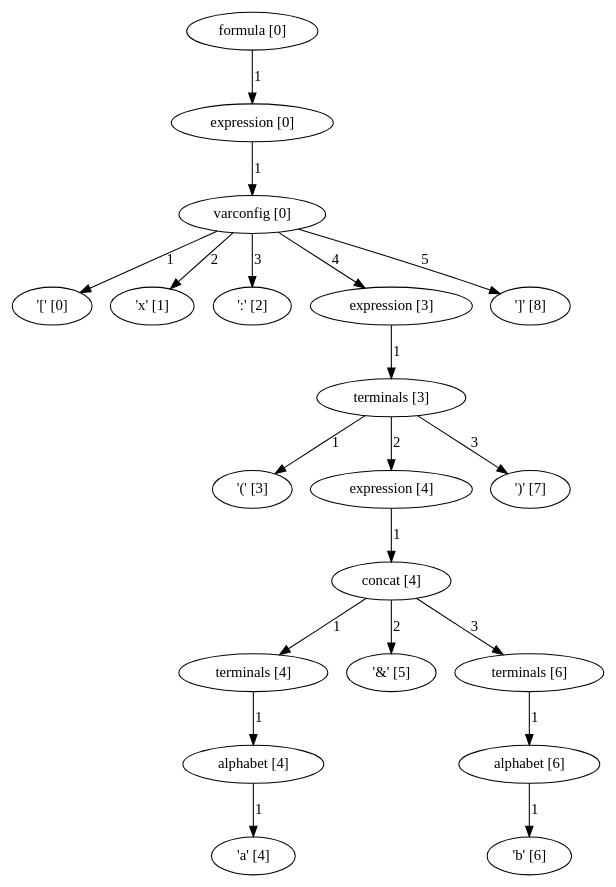
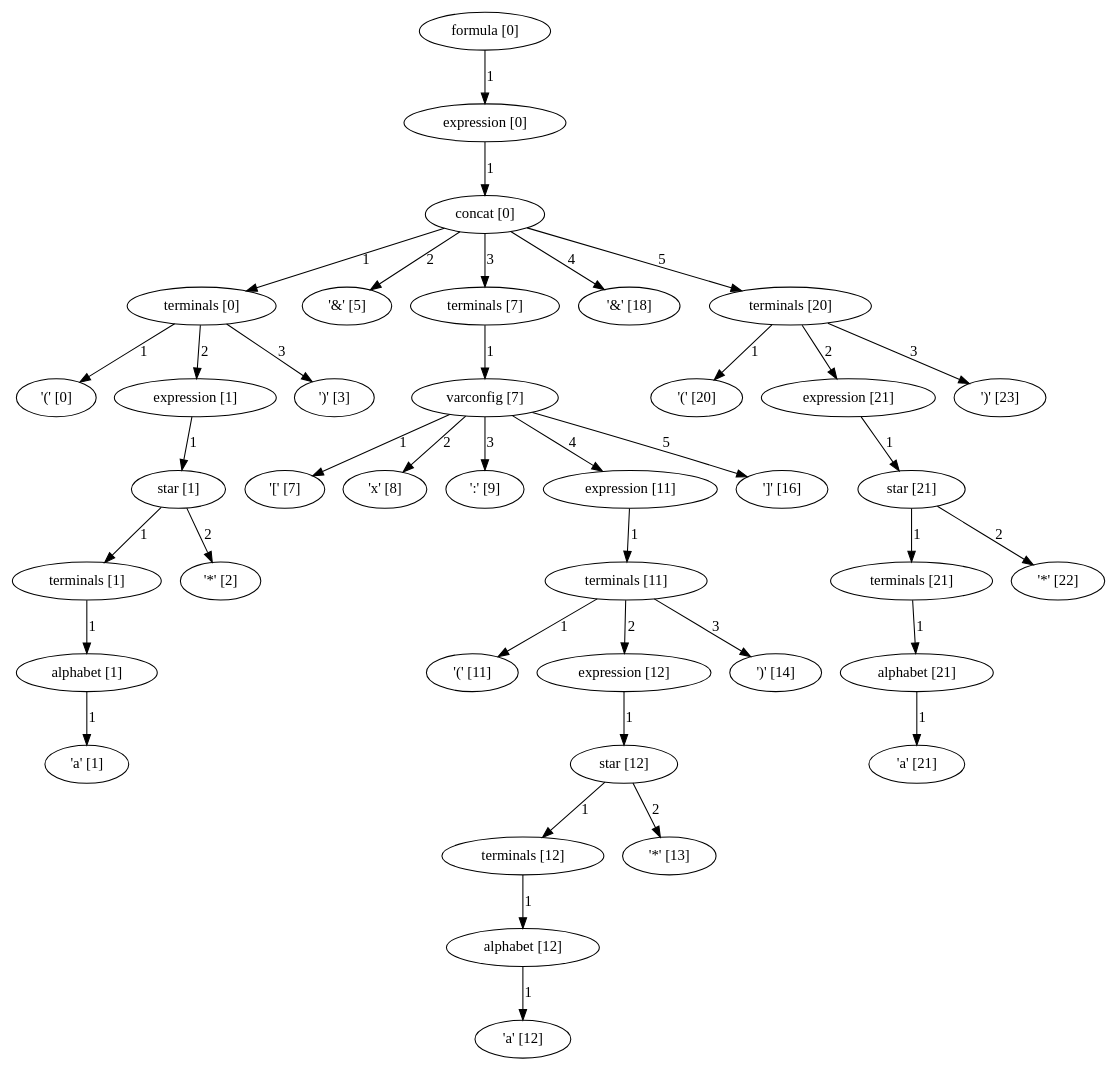
One commit to yipsimon/DocumentSpanners_MSc changed the diagram in formula_parse_tree.dot. Above: the diagram before and after it, drawn with Graphviz. The commit also changed 7 other files, not shown here.

```diff
--- a/formula_parse_tree.dot
+++ b/formula_parse_tree.dot
@@ -1,60 +1,117 @@
 digraph arpeggio_graph {
-140438593073376 [label="formula [0]"];
-140438593073376->140438593073664 [label="1"]
+140622375950096 [label="formula [0]"];
+140622375950096->140622375949952 [label="1"]
 
-140438593073664 [label="expression [0]"];
-140438593073664->140438593073952 [label="1"]
+140622375949952 [label="expression [0]"];
+140622375949952->140622375949808 [label="1"]
 
-140438593073952 [label="varconfig [0]"];
-140438593073952->140438592974072 [label="1"]
+140622375949808 [label="concat [0]"];
+140622375949808->140622392778048 [label="1"]
 
-140438592974072 [label=" '[' [0]"];
-140438593073952->140438592974192 [label="2"]
+140622392778048 [label="terminals [0]"];
+140622392778048->140622375857520 [label="1"]
 
-140438592974192 [label=" 'x' [1]"];
-140438593073952->140438593018048 [label="3"]
+140622375857520 [label=" '(' [0]"];
+140622392778048->140622392777904 [label="2"]
 
-140438593018048 [label=" ':' [2]"];
-140438593073952->140438609898960 [label="4"]
+140622392777904 [label="expression [1]"];
+140622392777904->140622392778192 [label="1"]
 
-140438609898960 [label="expression [3]"];
-140438609898960->140438609898816 [label="1"]
+140622392778192 [label="star [1]"];
+140622392778192->140622392777616 [label="1"]
 
-140438609898816 [label="terminals [3]"];
-140438609898816->140438593018168 [label="1"]
+140622392777616 [label="terminals [1]"];
+140622392777616->140622392777760 [label="1"]
 
-140438593018168 [label=" '(' [3]"];
-140438609898816->140438609898384 [label="2"]
+140622392777760 [label="alphabet [1]"];
+140622392777760->140622375897400 [label="1"]
 
-140438609898384 [label="expression [4]"];
-140438609898384->140438609898528 [label="1"]
+140622375897400 [label=" 'a' [1]"];
+140622392778192->140622375897520 [label="2"]
 
-140438609898528 [label="concat [4]"];
-140438609898528->140438609898672 [label="1"]
+140622375897520 [label=" '*' [2]"];
+140622392778048->140622375857640 [label="3"]
 
-140438609898672 [label="terminals [4]"];
-140438609898672->140438609899392 [label="1"]
+140622375857640 [label=" ')' [3]"];
+140622375949808->140622375897640 [label="2"]
 
-140438609899392 [label="alphabet [4]"];
-140438609899392->140438593018768 [label="1"]
+140622375897640 [label=" '&' [5]"];
+140622375949808->140622375949232 [label="3"]
 
-140438593018768 [label=" 'a' [4]"];
-140438609898528->140438593018888 [label="2"]
+140622375949232 [label="terminals [7]"];
+140622375949232->140622375948944 [label="1"]
 
-140438593018888 [label=" '&' [5]"];
-140438609898528->140438609899248 [label="3"]
+140622375948944 [label="varconfig [7]"];
+140622375948944->140622375897760 [label="1"]
 
-140438609899248 [label="terminals [6]"];
-140438609899248->140438609899104 [label="1"]
+140622375897760 [label=" '[' [7]"];
+140622375948944->140622375897880 [label="2"]
 
-140438609899104 [label="alphabet [6]"];
-140438609899104->140438593019008 [label="1"]
+140622375897880 [label=" 'x' [8]"];
+140622375948944->140622375898000 [label="3"]
 
-140438593019008 [label=" 'b' [6]"];
-140438609898816->140438593019128 [label="3"]
+140622375898000 [label=" ':' [9]"];
+140622375948944->140622375949088 [label="4"]
 
-140438593019128 [label=" ')' [7]"];
-140438593073952->140438593019248 [label="5"]
+140622375949088 [label="expression [11]"];
+140622375949088->140622392778624 [label="1"]
 
-140438593019248 [label=" ']' [8]"];
+140622392778624 [label="terminals [11]"];
+140622392778624->140622375898600 [label="1"]
+
+140622375898600 [label=" '(' [11]"];
+140622392778624->140622392778480 [label="2"]
+
+140622392778480 [label="expression [12]"];
+140622392778480->140622375948368 [label="1"]
+
+140622375948368 [label="star [12]"];
+140622375948368->140622375948512 [label="1"]
+
+140622375948512 [label="terminals [12]"];
+140622375948512->140622392778336 [label="1"]
+
+140622392778336 [label="alphabet [12]"];
+140622392778336->140622375898720 [label="1"]
+
+140622375898720 [label=" 'a' [12]"];
+140622375948368->140622375898960 [label="2"]
+
+140622375898960 [label=" '*' [13]"];
+140622392778624->140622375898840 [label="3"]
+
+140622375898840 [label=" ')' [14]"];
+140622375948944->140622375898120 [label="5"]
+
+140622375898120 [label=" ']' [16]"];
+140622375949808->140622375898240 [label="4"]
+
+140622375898240 [label=" '&' [18]"];
+140622375949808->140622375949520 [label="5"]
+
+140622375949520 [label="terminals [20]"];
+140622375949520->140622375898360 [label="1"]
+
+140622375898360 [label=" '(' [20]"];
+140622375949520->140622375949376 [label="2"]
+
+140622375949376 [label="expression [21]"];
+140622375949376->140622375949664 [label="1"]
+
+140622375949664 [label="star [21]"];
+140622375949664->140622375948656 [label="1"]
+
+140622375948656 [label="terminals [21]"];
+140622375948656->140622375948800 [label="1"]
+
+140622375948800 [label="alphabet [21]"];
+140622375948800->140622375944272 [label="1"]
+
+140622375944272 [label=" 'a' [21]"];
+140622375949664->140622375944392 [label="2"]
+
+140622375944392 [label=" '*' [22]"];
+140622375949520->140622375898480 [label="3"]
+
+140622375898480 [label=" ')' [23]"];
 }
```
